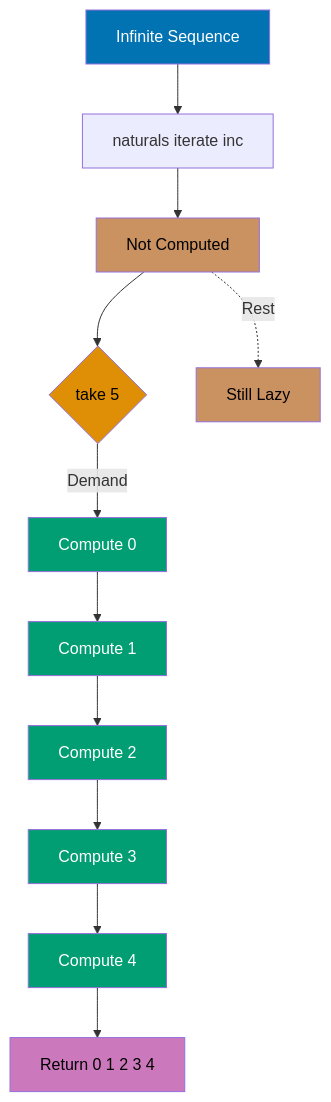
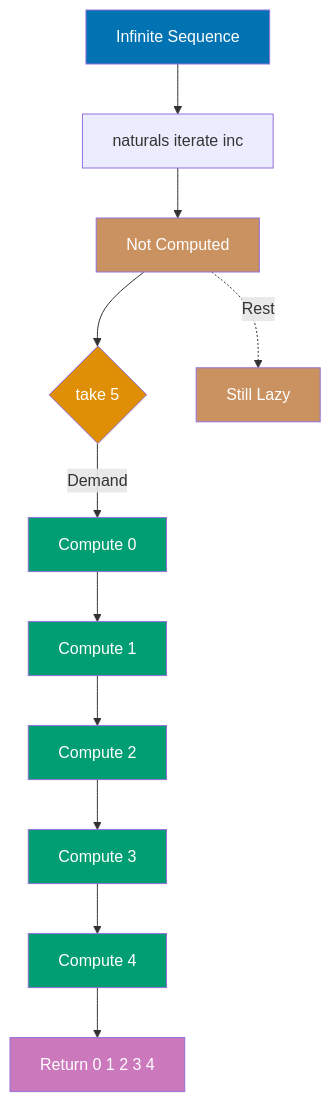
The tenth of 10 diagrams in apps/ayokoding-web/content/en/learn/software-engineering/programming-languages/clojure/by-example/intermediate.md (wahidyankf/open-sharia-enterprise), drawn with Mermaid before and after one commit. The commit also changed other lines of this file and 61 other files, not shown here.

First line of the commit message:
fix(ayokoding-web): quote Mermaid node labels with special characters in Example 63

````diff
--- a/apps/ayokoding-web/content/en/learn/software-engineering/programming-languages/clojure/by-example/intermediate.md
+++ b/apps/ayokoding-web/content/en/learn/software-engineering/programming-languages/clojure/by-example/intermediate.md
@@ -821,25 +821,25 @@
 ```mermaid
 %% Lazy sequence evaluation
 graph TD
     A[Infinite Sequence] --> B[naturals iterate inc]
     B --> C[Not Computed]
     C --> D{take 5}
     D -->|Demand| E[Compute 0]
     E --> F[Compute 1]
     F --> G[Compute 2]
     G --> H[Compute 3]
     H --> I[Compute 4]
     I --> J[Return 0 1 2 3 4]
     C -.->|Rest| K[Still Lazy]
 
     style A fill:#0173B2,color:#fff
-    style C fill:#CA9161,color:#000
-    style D fill:#DE8F05,color:#000
+    style C fill:#CA9161,color:#fff
+    style D fill:#DE8F05,color:#fff
     style E fill:#029E73,color:#fff
     style F fill:#029E73,color:#fff
     style G fill:#029E73,color:#fff
     style H fill:#029E73,color:#fff
     style I fill:#029E73,color:#fff
-    style J fill:#CC78BC,color:#000
-    style K fill:#CA9161,color:#000
+    style J fill:#CC78BC,color:#fff
+    style K fill:#CA9161,color:#fff
 ```
````
